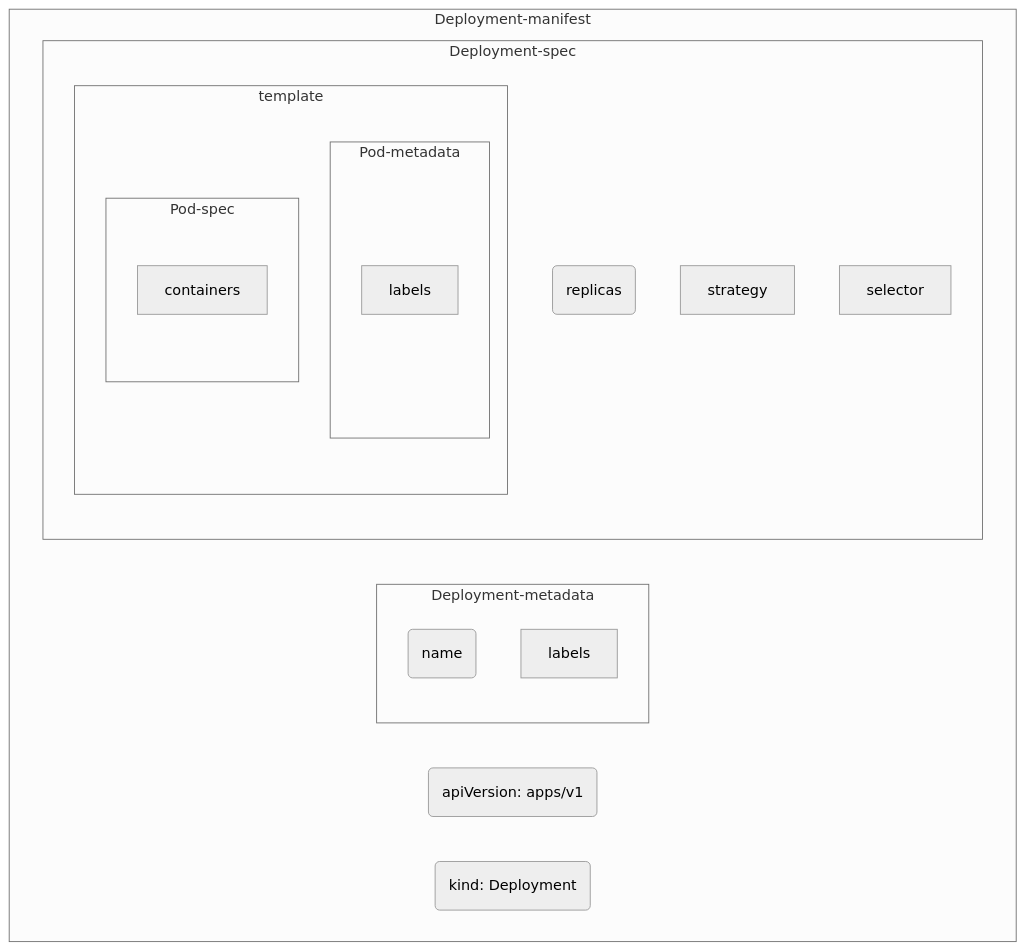
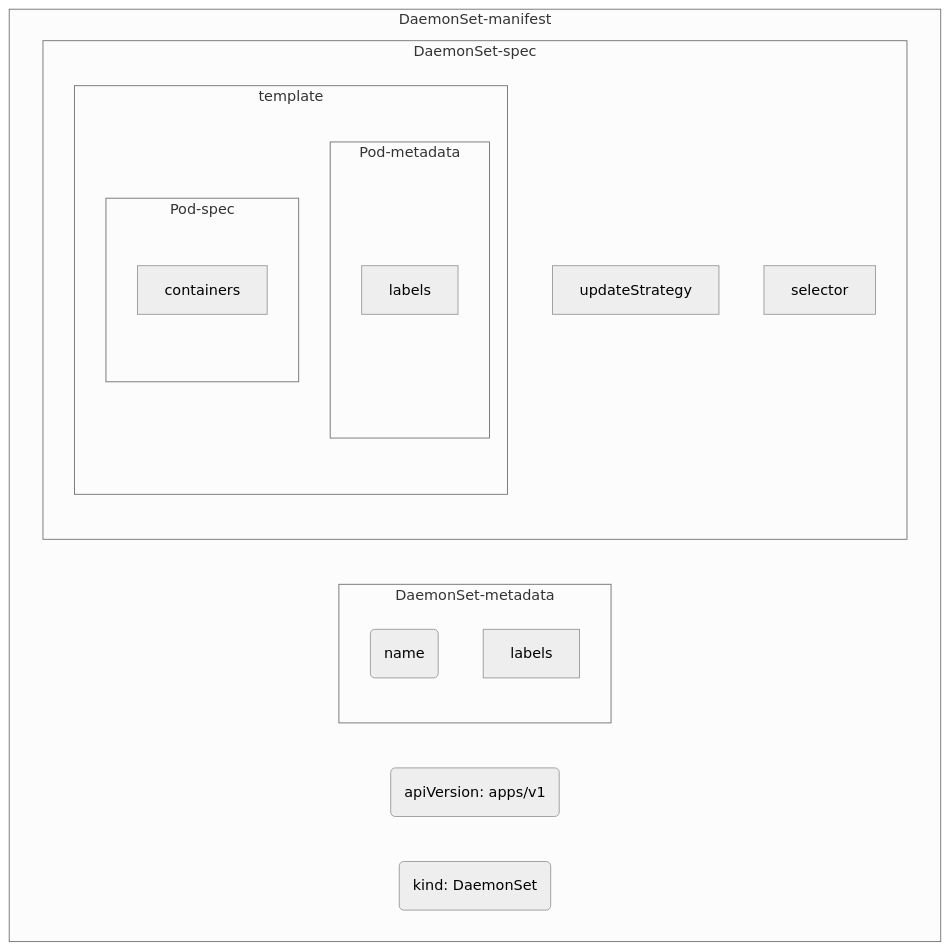
One commit to amcginlay/k8s-primer changed the diagram in content/022_deploy_a_daemonset/_index.md. Above: the diagram before and after it, drawn with Mermaid (neutral theme). The commit also changed other lines of this file, not shown here.

```diff
--- a/content/022_deploy_a_daemonset/_index.md
+++ b/content/022_deploy_a_daemonset/_index.md
@@ -329,24 +350,23 @@
 {{< mermaid >}}
 graph TB
-subgraph Deployment-manifest
+subgraph DaemonSet-manifest
   apiVersion(apiVersion: apps/v1)
-  kind(kind: Deployment)
-  subgraph Deployment-metadata
+  kind(kind: DaemonSet)
+  subgraph DaemonSet-metadata
     name(name)
     deploymentLabels[labels]
   end
-  subgraph Deployment-spec
-    replicas(replicas)
-    strategy
+  subgraph DaemonSet-spec
+    updateStrategy
     selector
     subgraph template
       subgraph Pod-metadata
         podLabels[labels]
       end
       subgraph Pod-spec
         containers
       end
     end
   end
 end
 {{< /mermaid >}}
```
